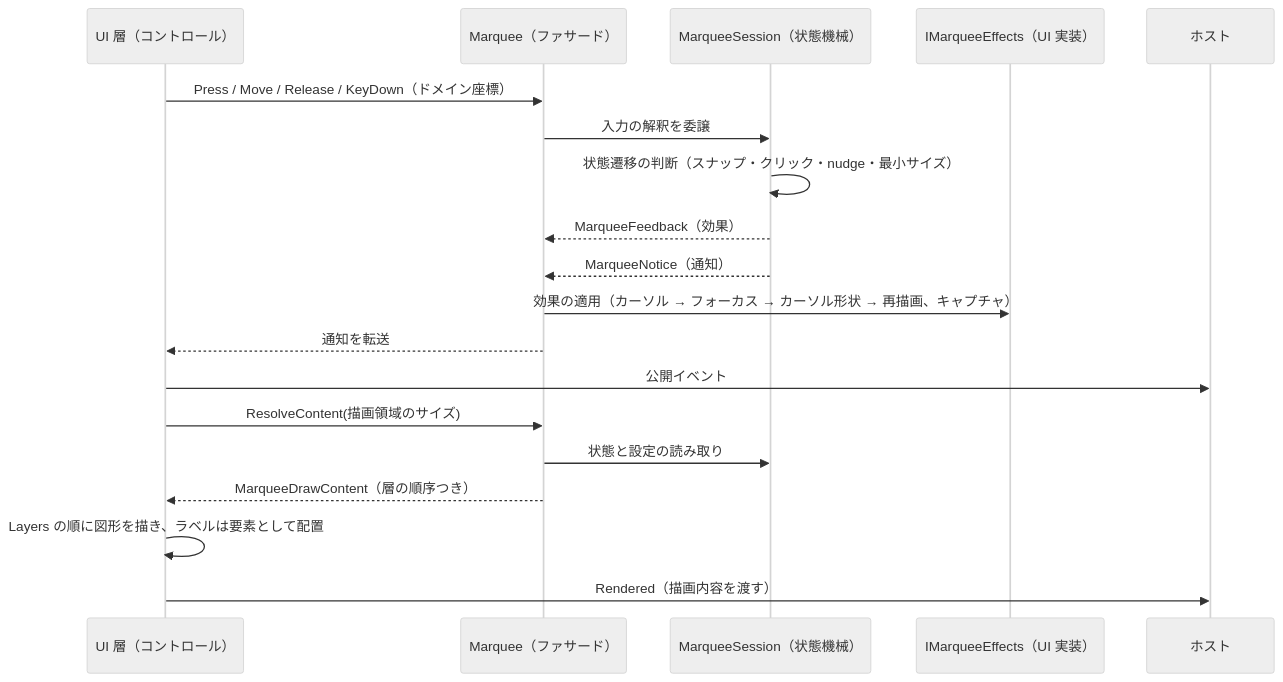
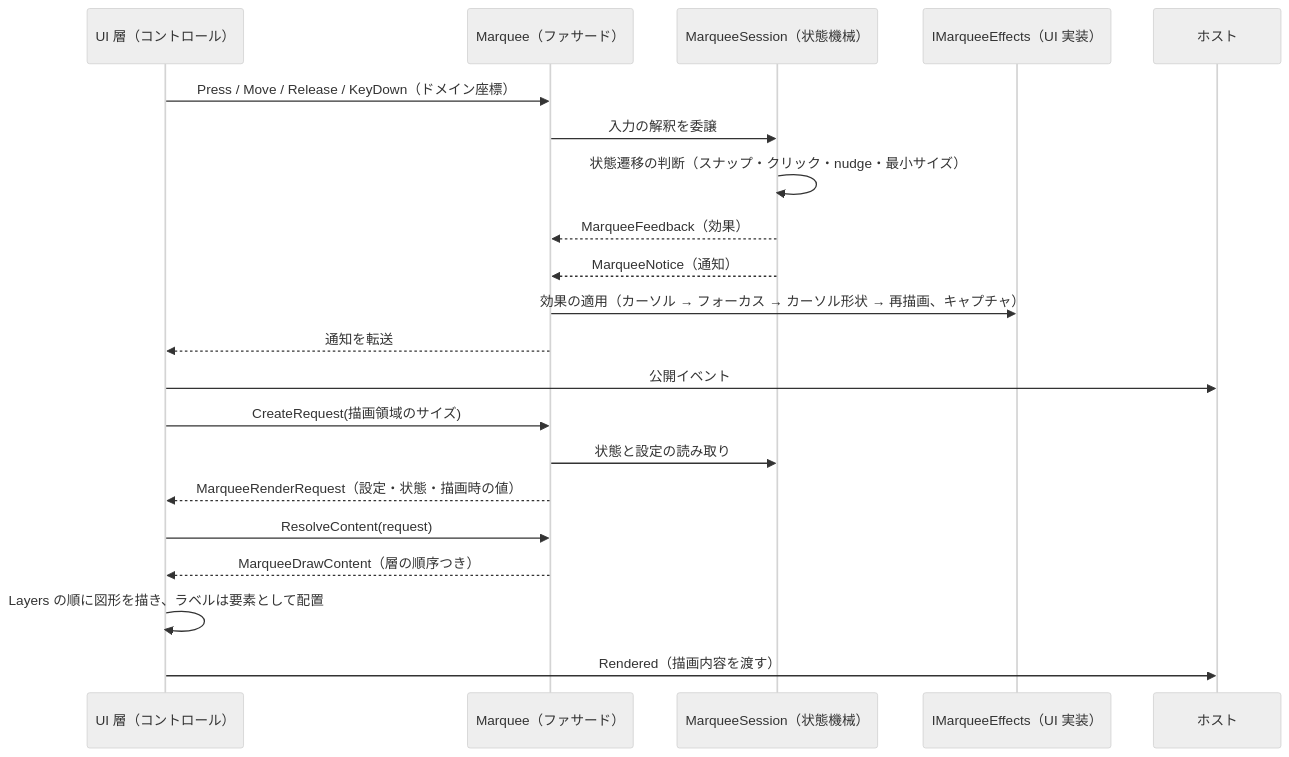
The first of 2 diagrams in src/Feature.MarqueeCore/SPEC_System.md (tomokuni/SaveEvidence), drawn with Mermaid (neutral theme) before and after one commit. The commit also changed other lines of this file and 19 other files, not shown here.

````diff
--- a/src/Feature.MarqueeCore/SPEC_System.md
+++ b/src/Feature.MarqueeCore/SPEC_System.md
@@ -47,22 +47,24 @@
 ```mermaid
 sequenceDiagram
     participant UI as UI 層（コントロール）
     participant M as Marquee（ファサード）
     participant S as MarqueeSession（状態機械）
     participant E as IMarqueeEffects（UI 実装）
     participant H as ホスト
 
     UI->>M: Press / Move / Release / KeyDown（ドメイン座標）
     M->>S: 入力の解釈を委譲
     S->>S: 状態遷移の判断（スナップ・クリック・nudge・最小サイズ）
     S-->>M: MarqueeFeedback（効果）
     S-->>M: MarqueeNotice（通知）
     M->>E: 効果の適用（カーソル → フォーカス → カーソル形状 → 再描画、キャプチャ）
     M-->>UI: 通知を転送
     UI->>H: 公開イベント
-    UI->>M: ResolveContent(描画領域のサイズ)
+    UI->>M: CreateRequest(描画領域のサイズ)
     M->>S: 状態と設定の読み取り
+    M-->>UI: MarqueeRenderRequest（設定・状態・描画時の値）
+    UI->>M: ResolveContent(request)
     M-->>UI: MarqueeDrawContent（層の順序つき）
     UI->>UI: Layers の順に図形を描き、ラベルは要素として配置
     UI->>H: Rendered（描画内容を渡す）
 ```
````
